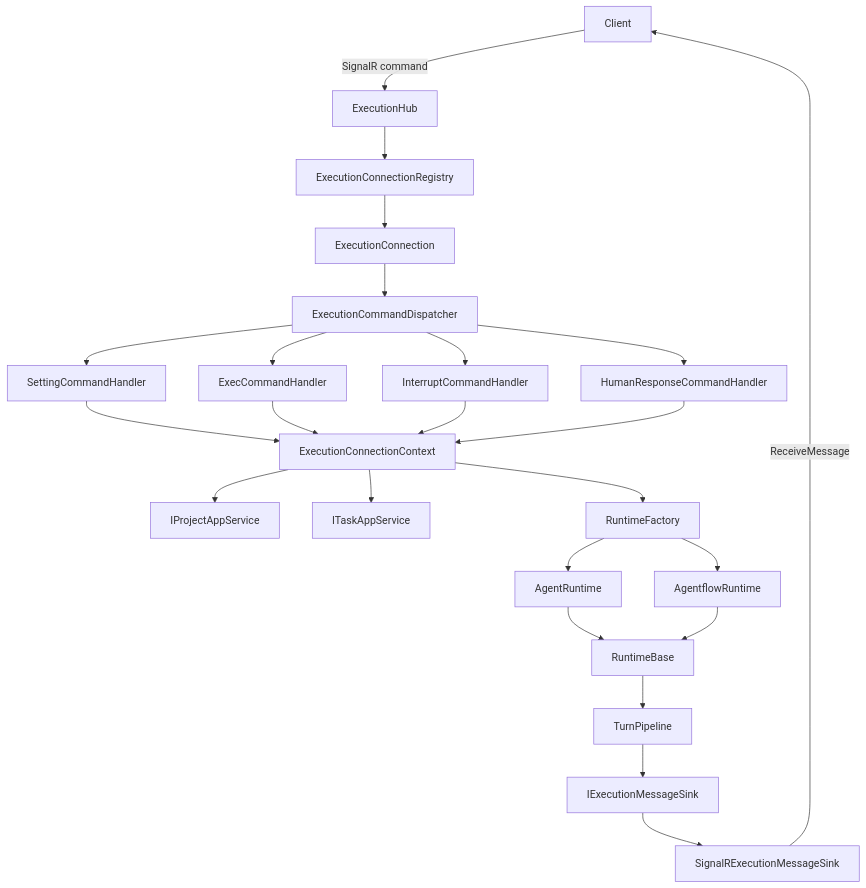
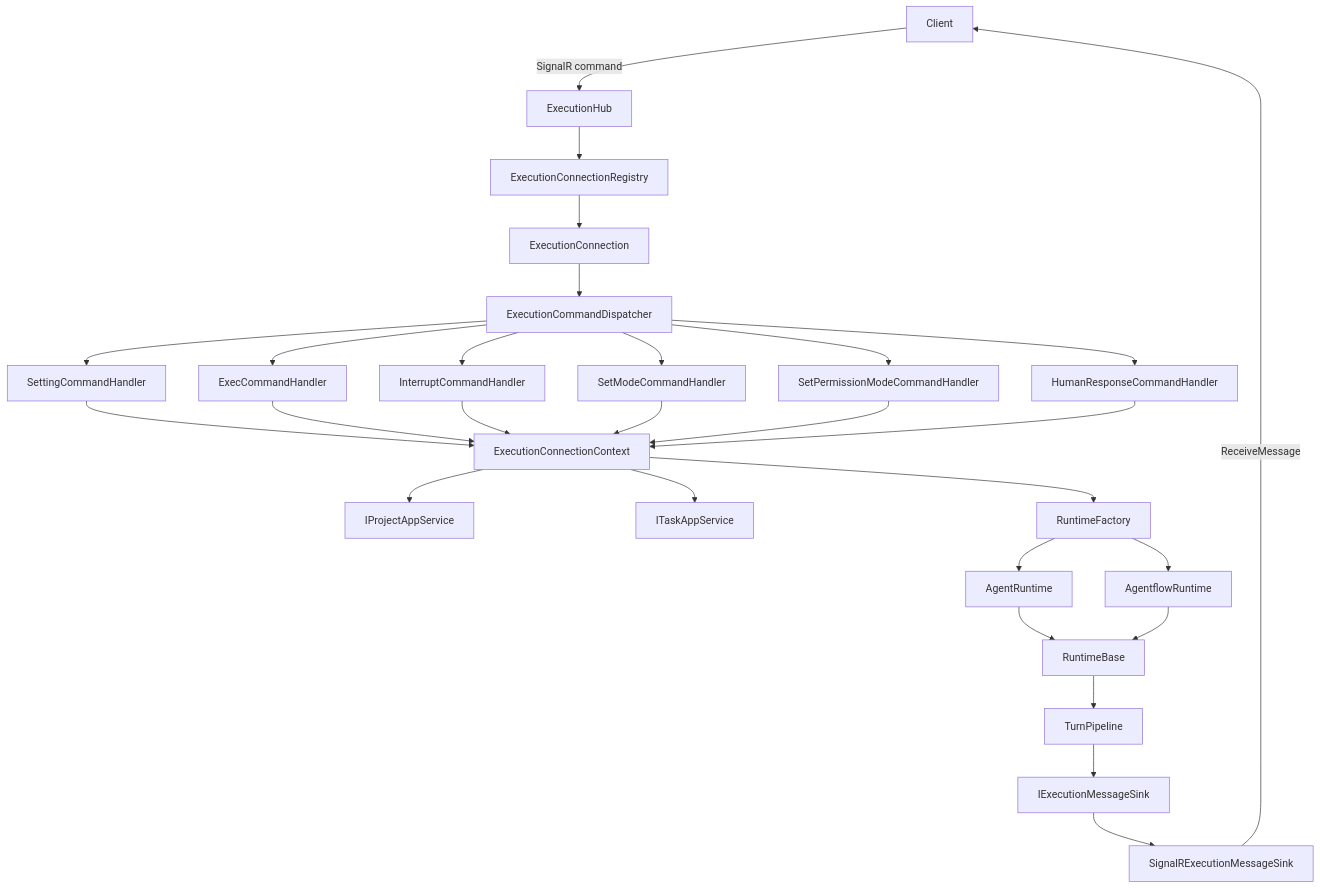
The first of 3 diagrams in src/server/Agw.Agents/Execution/README.md (zxyao145/agw), drawn with Mermaid before and after one commit. The commit also changed other lines of this file and 57 other files, not shown here.

First line of the commit message:
feat(chat): add agent mode and permission controls

````diff
--- a/src/server/Agw.Agents/Execution/README.md
+++ b/src/server/Agw.Agents/Execution/README.md
@@ -170,28 +179,32 @@
 ```mermaid
 flowchart TB
     Client["Client"] -->|"SignalR command"| Hub["ExecutionHub"]
     Hub --> Registry["ExecutionConnectionRegistry"]
     Registry --> Connection["ExecutionConnection"]
     Connection --> Dispatcher["ExecutionCommandDispatcher"]
 
     Dispatcher --> Setting["SettingCommandHandler"]
     Dispatcher --> Exec["ExecCommandHandler"]
     Dispatcher --> Interrupt["InterruptCommandHandler"]
+    Dispatcher --> Mode["SetModeCommandHandler"]
+    Dispatcher --> Permission["SetPermissionModeCommandHandler"]
     Dispatcher --> Human["HumanResponseCommandHandler"]
 
     Setting --> Context["ExecutionConnectionContext"]
     Exec --> Context
     Interrupt --> Context
+    Mode --> Context
+    Permission --> Context
     Human --> Context
     Context --> ProjectService["IProjectAppService"]
     Context --> TaskService["ITaskAppService"]
     Context --> Factory["RuntimeFactory"]
     Factory --> AgentRuntime["AgentRuntime"]
     Factory --> AgentflowRuntime["AgentflowRuntime"]
     AgentRuntime --> RuntimeBase["RuntimeBase"]
     AgentflowRuntime --> RuntimeBase
     RuntimeBase --> TurnPipeline["TurnPipeline"]
     TurnPipeline --> Sink["IExecutionMessageSink"]
     Sink --> SignalRSink["SignalRExecutionMessageSink"]
     SignalRSink -->|"ReceiveMessage"| Client
 ```
````
